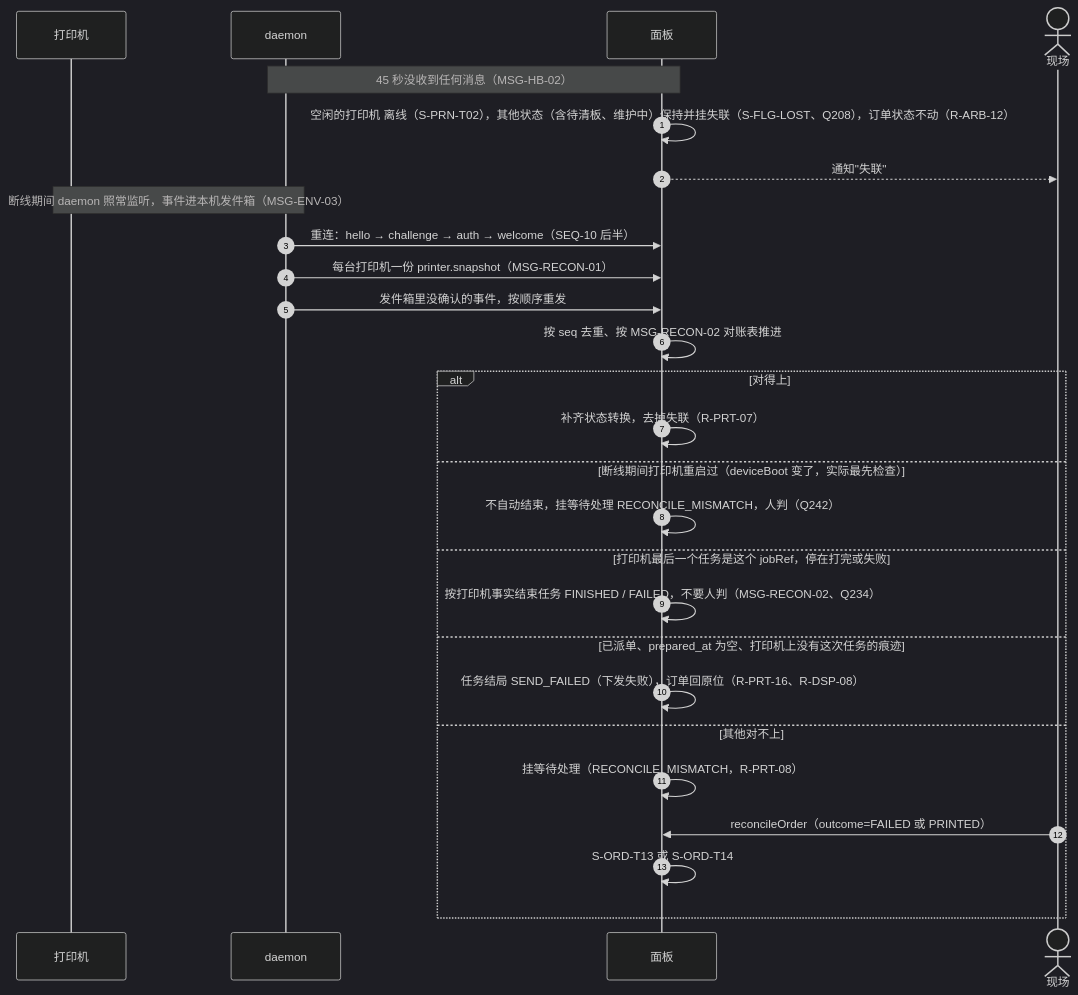
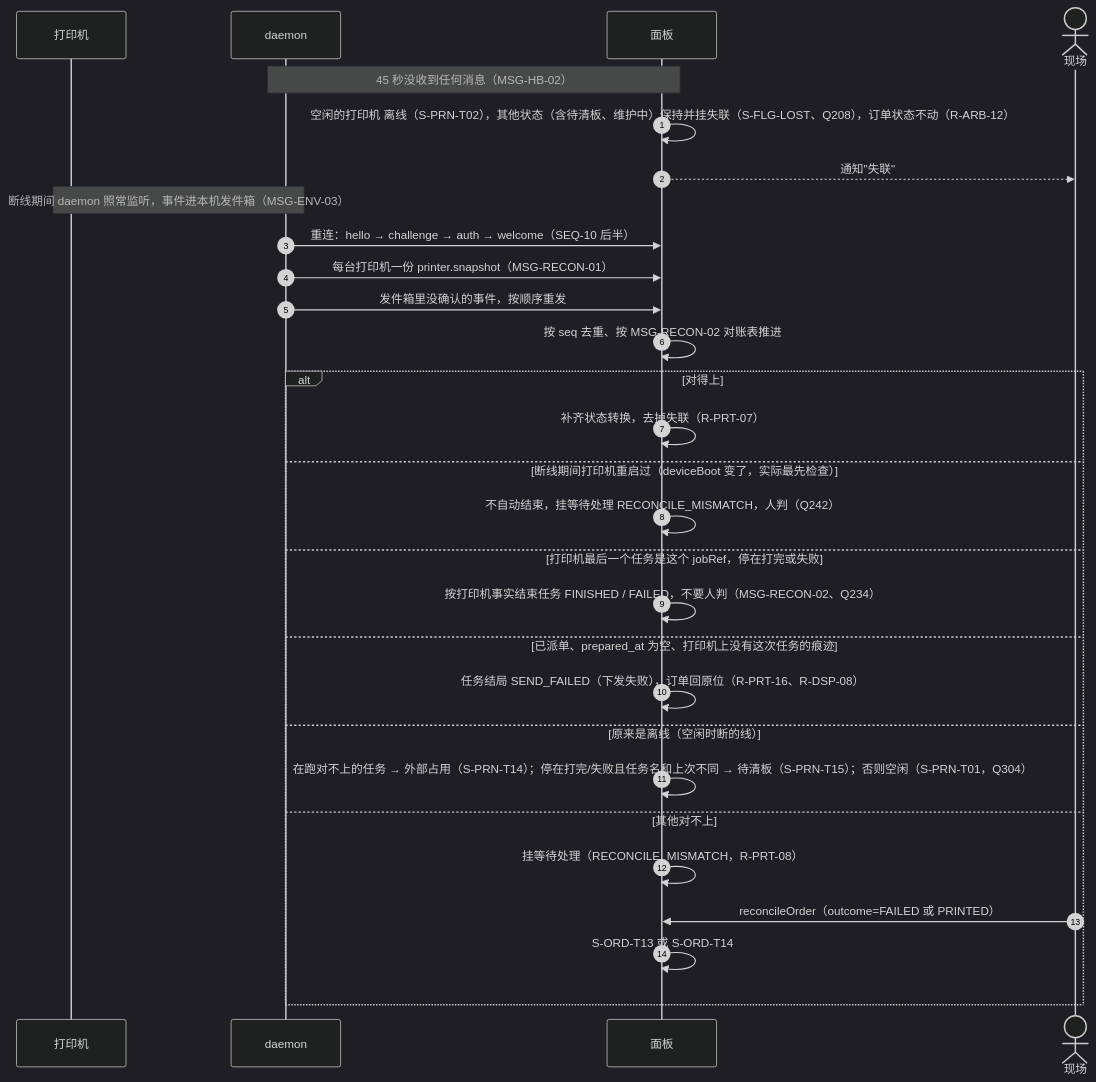
Before and after one commit to PlateRelay/PlateRelay: the sixth of 11 diagrams in docs/design/03-sequences.md, drawn with Mermaid (dark theme).

Commit message:
docs(design): add offline reconnect branches in reconcile sequence
Claude-Session: https://claude.ai/code/session_012TmsB2UUV3GMJ8Hk98n5y7

````diff
--- a/docs/design/03-sequences.md
+++ b/docs/design/03-sequences.md
@@ -246,29 +246,31 @@
 ```mermaid
 sequenceDiagram
   autonumber
   participant R as 打印机
   participant D as daemon
   participant P as 面板
   actor S as 现场
   Note over D,P: 45 秒没收到任何消息（MSG-HB-02）
   P->>P: 空闲的打印机 离线（S-PRN-T02），其他状态（含待清板、维护中）保持并挂失联（S-FLG-LOST、Q208），订单状态不动（R-ARB-12）
   P-->>S: 通知"失联"
   Note over R,D: 断线期间 daemon 照常监听，事件进本机发件箱（MSG-ENV-03）
   D->>P: 重连：hello → challenge → auth → welcome（SEQ-10 后半）
   D->>P: 每台打印机一份 printer.snapshot（MSG-RECON-01）
   D->>P: 发件箱里没确认的事件，按顺序重发
   P->>P: 按 seq 去重、按 MSG-RECON-02 对账表推进
   alt 对得上
     P->>P: 补齐状态转换，去掉失联（R-PRT-07）
   else 断线期间打印机重启过（deviceBoot 变了，实际最先检查）
     P->>P: 不自动结束，挂等待处理 RECONCILE_MISMATCH，人判（Q242）
   else 打印机最后一个任务是这个 jobRef，停在打完或失败
     P->>P: 按打印机事实结束任务 FINISHED / FAILED，不要人判（MSG-RECON-02、Q234）
   else 已派单、prepared_at 为空、打印机上没有这次任务的痕迹
     P->>P: 任务结局 SEND_FAILED（下发失败），订单回原位（R-PRT-16、R-DSP-08）
+  else 原来是离线（空闲时断的线）
+    P->>P: 在跑对不上的任务 → 外部占用（S-PRN-T14）；停在打完/失败且任务名和上次不同 → 待清板（S-PRN-T15）；否则空闲（S-PRN-T01，Q304）
   else 其他对不上
     P->>P: 挂等待处理（RECONCILE_MISMATCH，R-PRT-08）
     S->>P: reconcileOrder（outcome=FAILED 或 PRINTED）
     P->>P: S-ORD-T13 或 S-ORD-T14
   end
 ```
````
